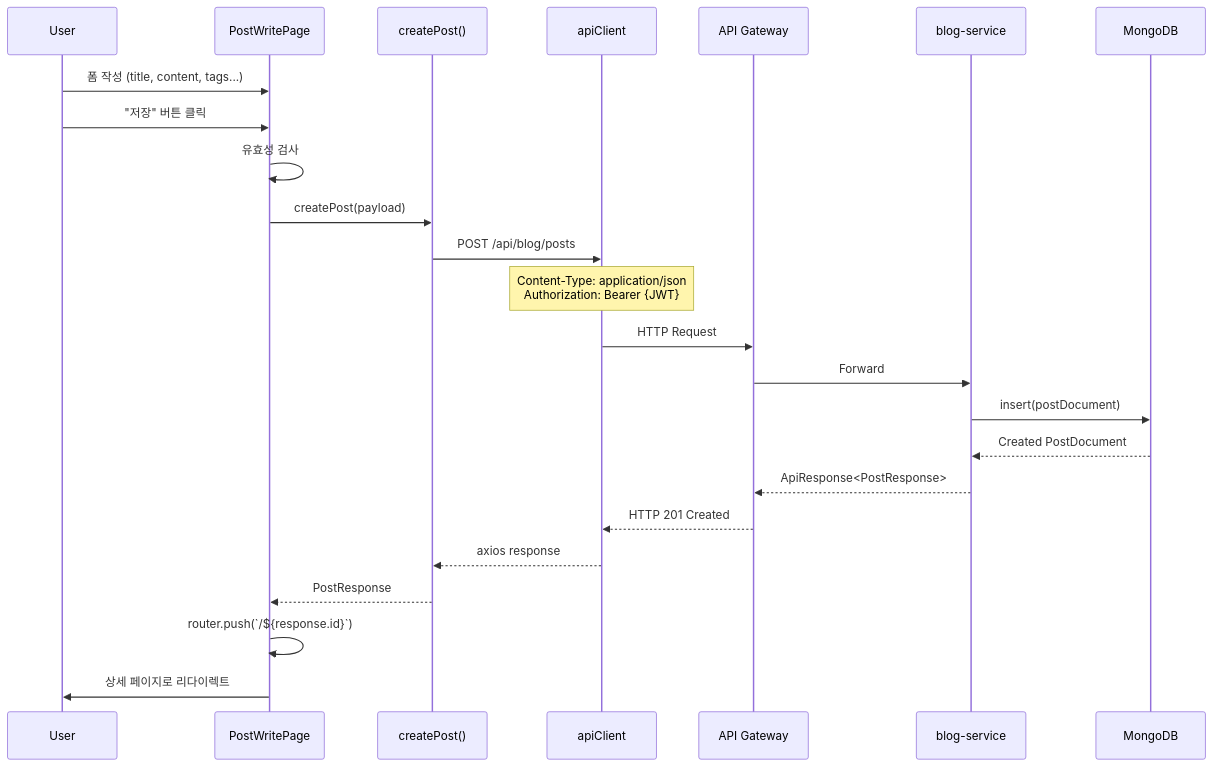
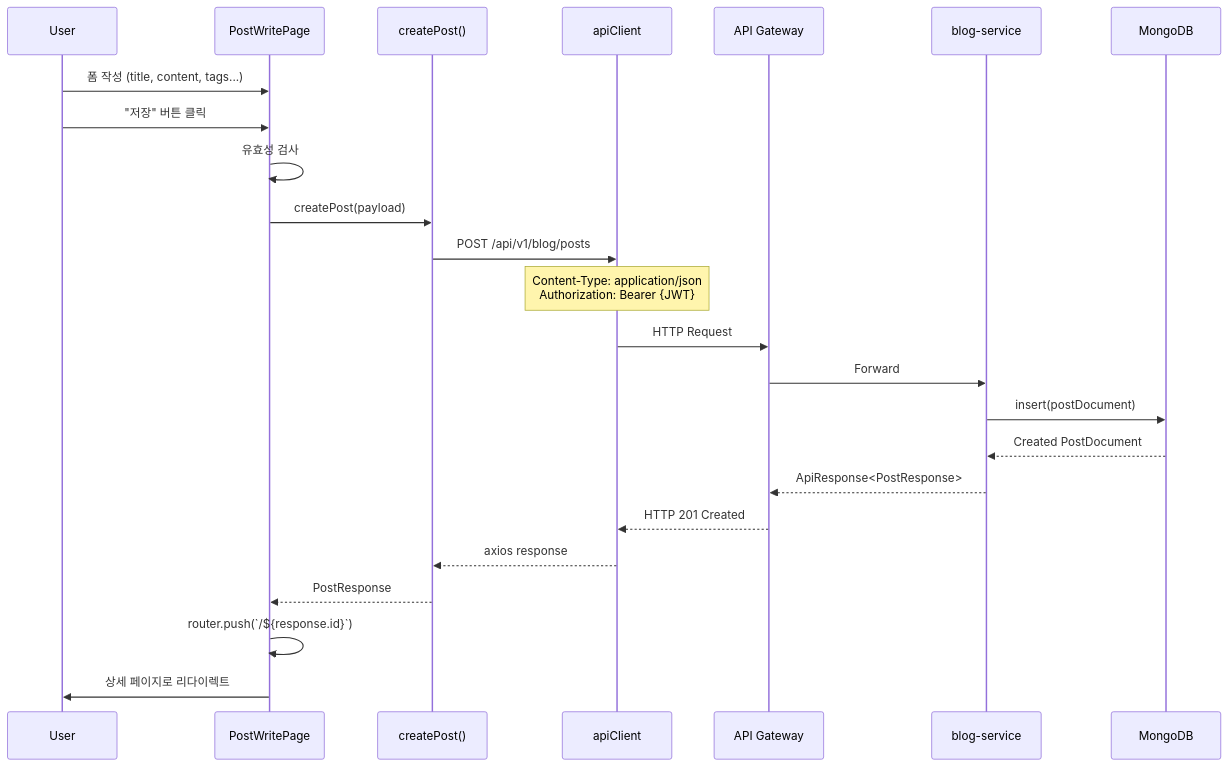
One commit to L-a-z-e/portal-universe changed the fourth of 10 diagrams in frontend/blog-frontend/docs/architecture/data-flow.md. Above: the diagram before and after it, drawn with Mermaid. The commit also changed other lines of this file and 15 other files, not shown here.

````diff
--- a/frontend/blog-frontend/docs/architecture/data-flow.md
+++ b/frontend/blog-frontend/docs/architecture/data-flow.md
@@ -153,27 +153,27 @@
 ```mermaid
 sequenceDiagram
     participant U as User
     participant C as PostWritePage
     participant A as createPost()
     participant AC as apiClient
     participant G as API Gateway
     participant S as blog-service
     participant D as MongoDB
 
     U->>C: 폼 작성 (title, content, tags...)
     U->>C: "저장" 버튼 클릭
     C->>C: 유효성 검사
     C->>A: createPost(payload)
-    A->>AC: POST /api/blog/posts
+    A->>AC: POST /api/v1/blog/posts
     Note over AC: Content-Type: application/json<br/>Authorization: Bearer {JWT}
     AC->>G: HTTP Request
     G->>S: Forward
     S->>D: insert(postDocument)
     D-->>S: Created PostDocument
     S-->>G: ApiResponse<PostResponse>
     G-->>AC: HTTP 201 Created
     AC-->>A: axios response
     A-->>C: PostResponse
     C->>C: router.push(`/${response.id}`)
     C->>U: 상세 페이지로 리다이렉트
 ```
````
